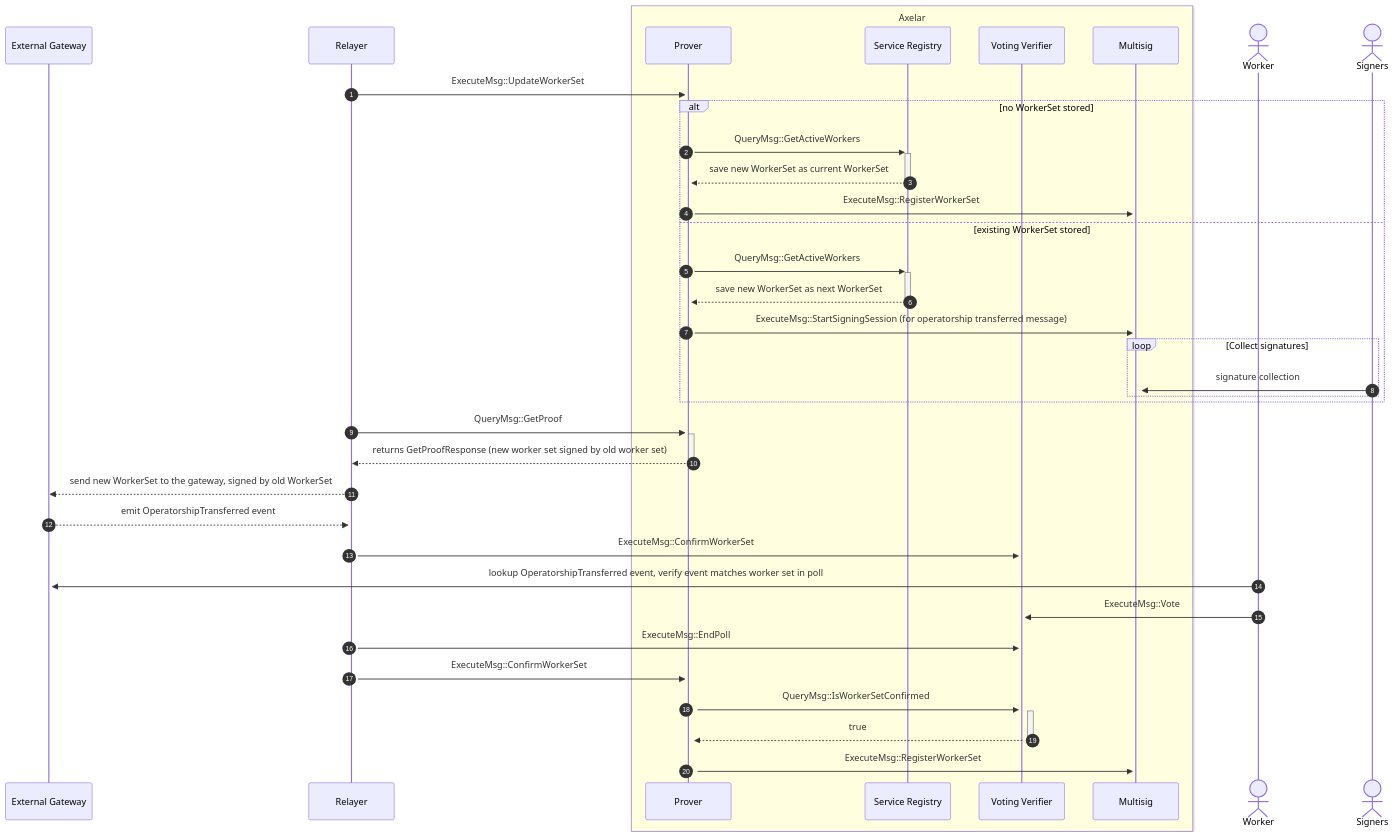
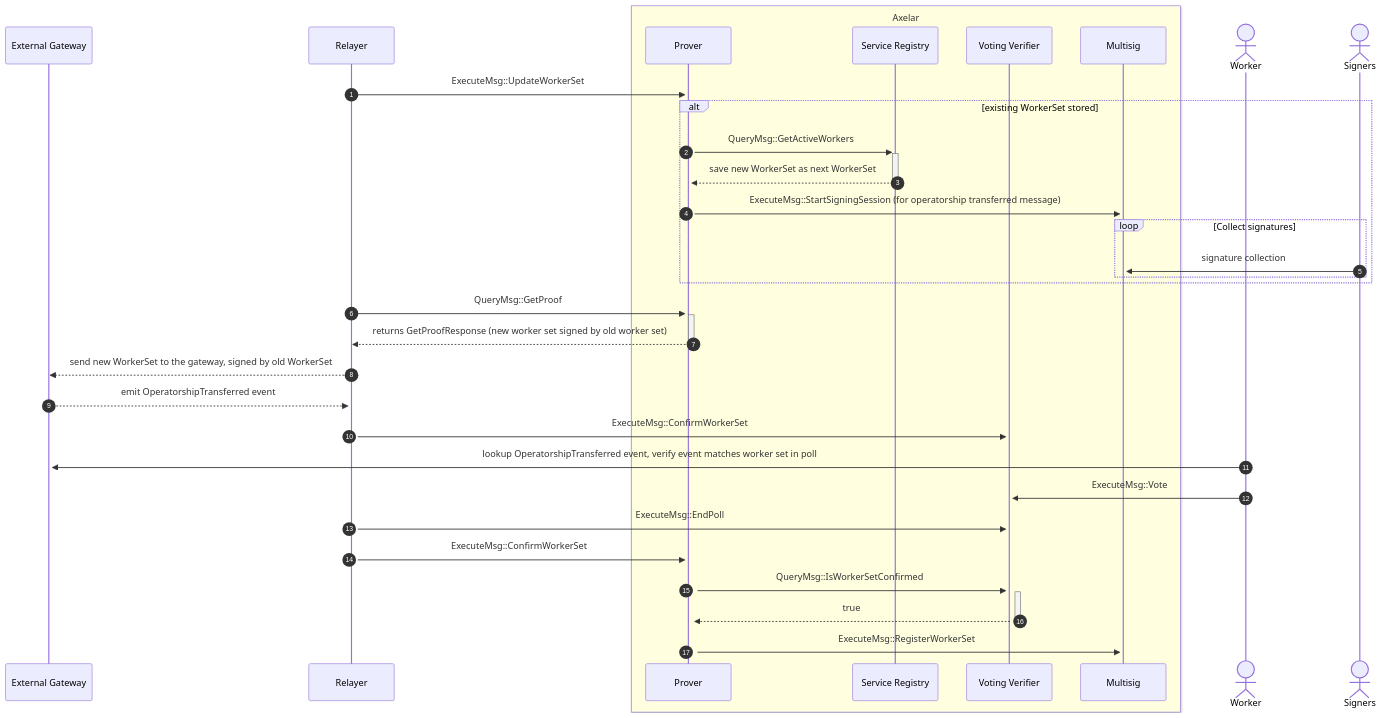
One commit to axelarnetwork/axelar-amplifier changed the fourth of 4 diagrams in doc/src/contracts/multisig_prover.md. Above: the diagram before and after it, drawn with Mermaid. The commit also changed other lines of this file, not shown here.

Commit message:
Remove initializing workerset from update diagram

````diff
--- a/doc/src/contracts/multisig_prover.md
+++ b/doc/src/contracts/multisig_prover.md
@@ -152,39 +152,35 @@
 ```mermaid
 sequenceDiagram
 autonumber
 participant External Gateway
 participant Relayer
 box LightYellow Axelar
 participant Prover
 participant Service Registry
 participant Voting Verifier
 participant Multisig
 end
 actor Worker
 actor Signers
 Relayer->>+Prover: ExecuteMsg::UpdateWorkerSet
-alt no WorkerSet stored
-  Prover->>+Service Registry: QueryMsg::GetActiveWorkers
-  Service Registry-->>-Prover: save new WorkerSet as current WorkerSet
-  Prover->>+Multisig: ExecuteMsg::RegisterWorkerSet
-else existing WorkerSet stored
+alt existing WorkerSet stored
   Prover->>+Service Registry: QueryMsg::GetActiveWorkers
   Service Registry-->>-Prover: save new WorkerSet as next WorkerSet
   Prover->>+Multisig: ExecuteMsg::StartSigningSession (for operatorship transferred message)
   loop Collect signatures
 	  Signers->>+Multisig: signature collection
   end
 end
 Relayer->>+Prover: QueryMsg::GetProof
 Prover-->>-Relayer: returns GetProofResponse (new worker set signed by old worker set)
 Relayer-->>External Gateway: send new WorkerSet to the gateway, signed by old WorkerSet
 External Gateway-->>+Relayer: emit OperatorshipTransferred event
 Relayer->>+Voting Verifier: ExecuteMsg::ConfirmWorkerSet
 Worker->>+External Gateway: lookup OperatorshipTransferred event, verify event matches worker set in poll
 Worker->>+Voting Verifier: ExecuteMsg::Vote
 Relayer->>+Voting Verifier: ExecuteMsg::EndPoll
 Relayer->>+Prover: ExecuteMsg::ConfirmWorkerSet
 Prover->>+Voting Verifier: QueryMsg::IsWorkerSetConfirmed
 Voting Verifier-->>-Prover: true
 Prover->>+Multisig: ExecuteMsg::RegisterWorkerSet
 ```
````
